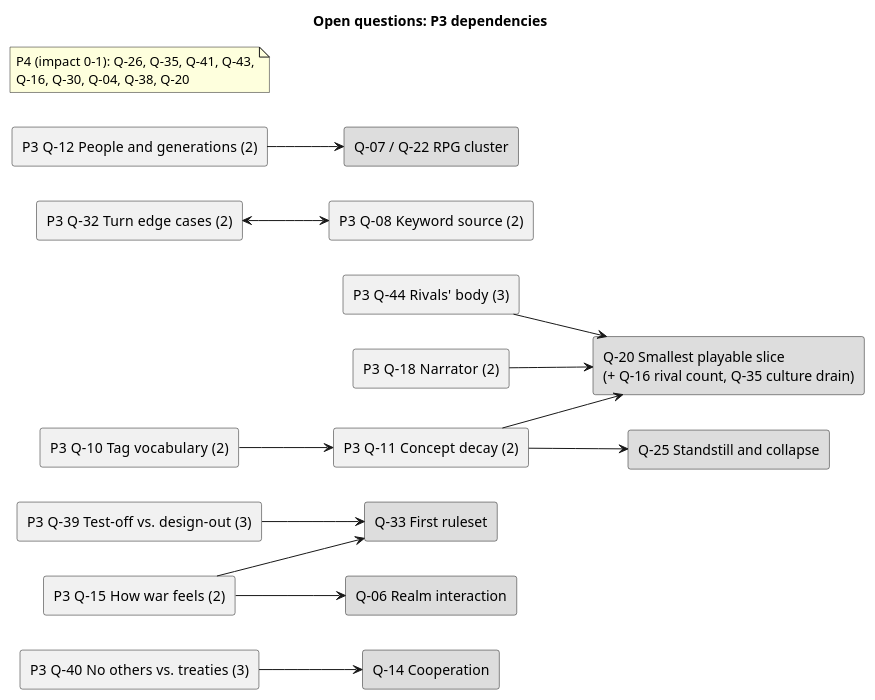
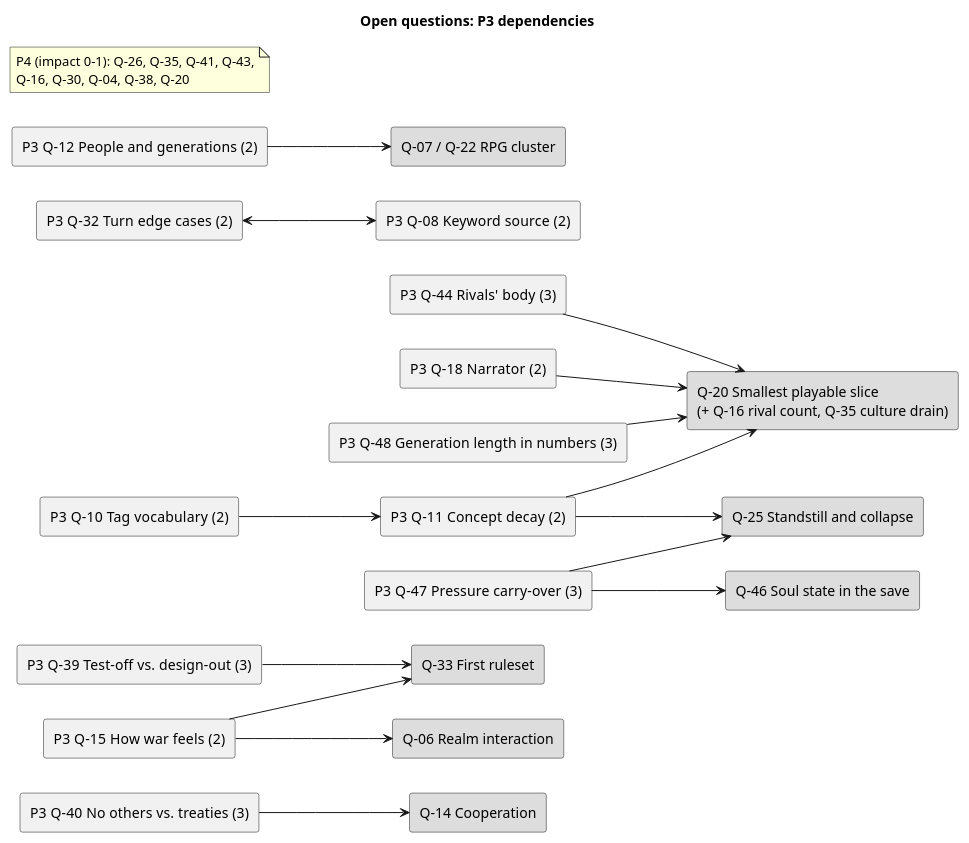
The diagram in .doc/26-11-17 Game design brainstorming/diagrams/20-question-priority-rest.puml (zzt108/Syntropy), drawn with PlantUML before and after one commit. The commit also changed 4 other files, not shown here.

First line of the commit message:
Make generation length a setup option; explain the pressure reset

```diff
--- a/.doc/26-11-17 Game design brainstorming/diagrams/20-question-priority-rest.puml
+++ b/.doc/26-11-17 Game design brainstorming/diagrams/20-question-priority-rest.puml
@@ -1,39 +1,45 @@
 @startuml
 ' What: dependencies of the P3 open questions (§5 priority table), with the P4 questions as a note.
 ' Shows: an arrow A -> B means "the answer to A changes B". Grey boxes are higher-tier targets (P1, P2)
 '        or Q-20, the sink that collects all others (the smallest playable slice).
 ' Source: brainstorming-base.md §5 "Priority by impact".
 title Open questions: P3 dependencies
 left to right direction
 rectangle "P3  Q-40 No others vs. treaties (3)" as Q40
 rectangle "P3  Q-39 Test-off vs. design-out (3)" as Q39
 rectangle "P3  Q-44 Rivals' body (3)" as Q44
 rectangle "P3  Q-32 Turn edge cases (2)" as Q32
 rectangle "P3  Q-10 Tag vocabulary (2)" as Q10
 rectangle "P3  Q-11 Concept decay (2)" as Q11
 rectangle "P3  Q-12 People and generations (2)" as Q12
 rectangle "P3  Q-15 How war feels (2)" as Q15
 rectangle "P3  Q-18 Narrator (2)" as Q18
 rectangle "P3  Q-08 Keyword source (2)" as Q08
+rectangle "P3  Q-47 Pressure carry-over (3)" as Q47
+rectangle "P3  Q-48 Generation length in numbers (3)" as Q48
+rectangle "Q-46 Soul state in the save" as T46 #DDDDDD
 rectangle "Q-14 Cooperation" as T14 #DDDDDD
 rectangle "Q-33 First ruleset" as T33 #DDDDDD
 rectangle "Q-25 Standstill and collapse" as T25 #DDDDDD
 rectangle "Q-07 / Q-22 RPG cluster" as TRPG #DDDDDD
 rectangle "Q-06 Realm interaction" as T06 #DDDDDD
 rectangle "Q-20 Smallest playable slice\n(+ Q-16 rival count, Q-35 culture drain)" as T20 #DDDDDD
 Q40 --> T14
 Q39 --> T33
 Q44 --> T20
 Q32 <--> Q08
 Q10 --> Q11
 Q11 --> T25
 Q11 --> T20
 Q12 --> TRPG
 Q15 --> T06
 Q15 --> T33
 Q18 --> T20
+Q47 --> T25
+Q47 --> T46
+Q48 --> T20
 note as P4
   P4 (impact 0-1): Q-26, Q-35, Q-41, Q-43,
   Q-16, Q-30, Q-04, Q-38, Q-20
 end note
 @enduml
```
